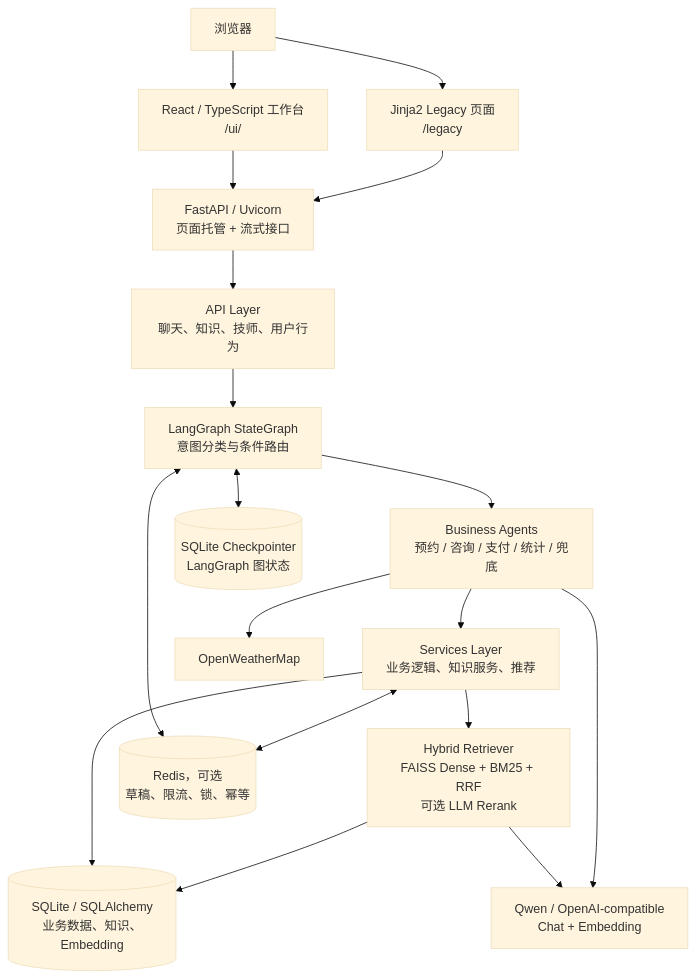
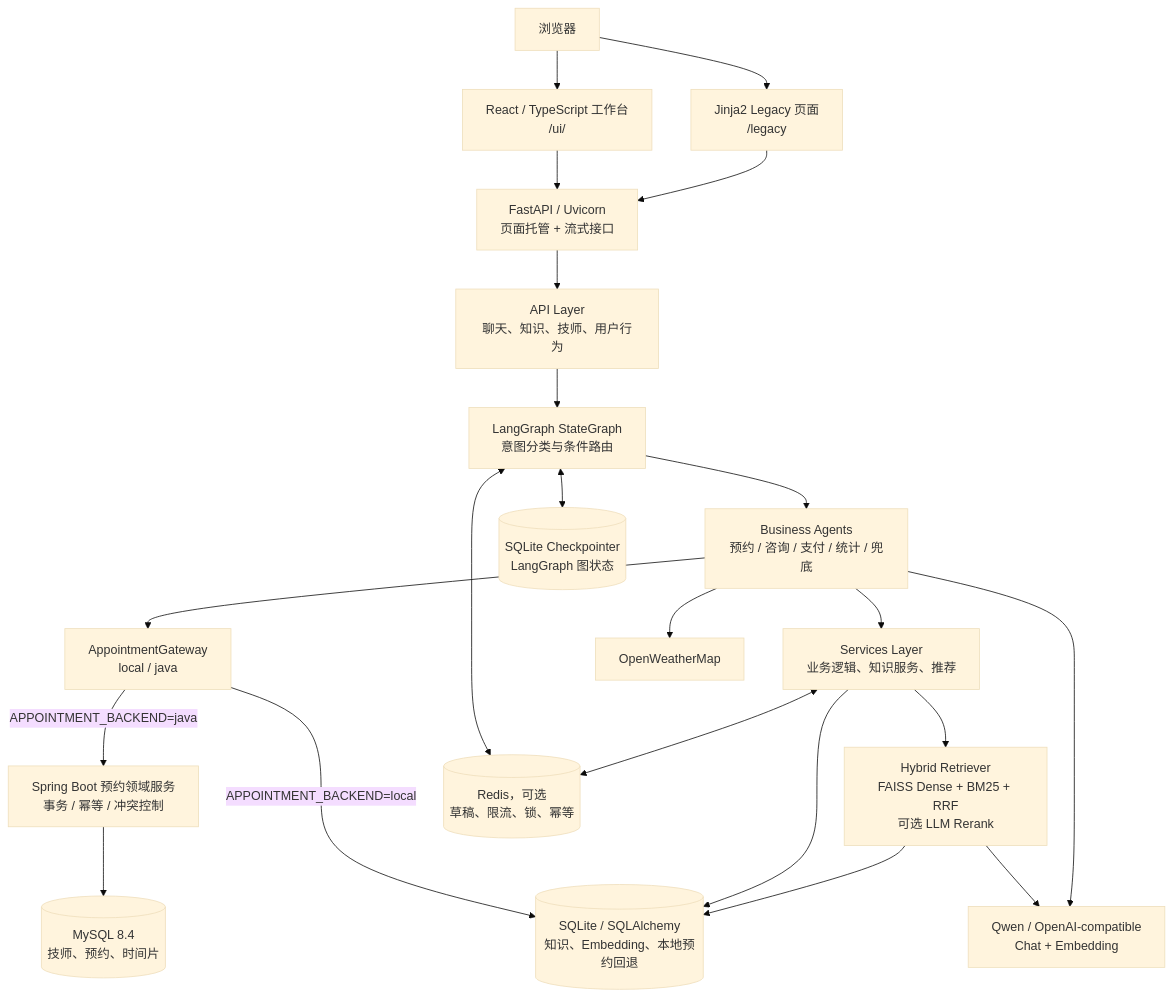
One commit to zzzys123/smart-appointment-ai-agent changed the diagram in README.md. Above: the diagram before and after it, drawn with Mermaid (base theme). The commit also changed other lines of this file and 64 other files, not shown here.

Commit message:
feat: add Java appointment service integration

````diff
--- a/README.md
+++ b/README.md
@@ -61,35 +64,42 @@
 ```mermaid
 flowchart TB
     Browser[浏览器]
     React[React / TypeScript 工作台<br/>/ui/]
     Legacy[Jinja2 Legacy 页面<br/>/legacy]
     FastAPI[FastAPI / Uvicorn<br/>页面托管 + 流式接口]
     API[API Layer<br/>聊天、知识、技师、用户行为]
     Graph[LangGraph StateGraph<br/>意图分类与条件路由]
     Agents[Business Agents<br/>预约 / 咨询 / 支付 / 统计 / 兜底]
+    Gateway[AppointmentGateway<br/>local / java]
+    Java[Spring Boot 预约领域服务<br/>事务 / 幂等 / 冲突控制]
     Services[Services Layer<br/>业务逻辑、知识服务、推荐]
     Retriever[Hybrid Retriever<br/>FAISS Dense + BM25 + RRF<br/>可选 LLM Rerank]
-    SQL[(SQLite / SQLAlchemy<br/>业务数据、知识、Embedding)]
+    SQL[(SQLite / SQLAlchemy<br/>知识、Embedding、本地预约回退)]
+    MySQL[(MySQL 8.4<br/>技师、预约、时间片)]
     Checkpoint[(SQLite Checkpointer<br/>LangGraph 图状态)]
     Redis[(Redis，可选<br/>草稿、限流、锁、幂等)]
     Model[Qwen / OpenAI-compatible<br/>Chat + Embedding]
     Weather[OpenWeatherMap]
 
     Browser --> React
     Browser --> Legacy
     React --> FastAPI
     Legacy --> FastAPI
     FastAPI --> API
     API --> Graph
     Graph --> Agents
+    Agents --> Gateway
+    Gateway -->|APPOINTMENT_BACKEND=java| Java
+    Gateway -->|APPOINTMENT_BACKEND=local| SQL
+    Java --> MySQL
     Agents --> Services
     Services --> Retriever
     Services --> SQL
     Retriever --> SQL
     Retriever --> Model
     Graph <--> Checkpoint
     Graph <--> Redis
     Services <--> Redis
     Agents --> Model
     Agents --> Weather
 ```
````
